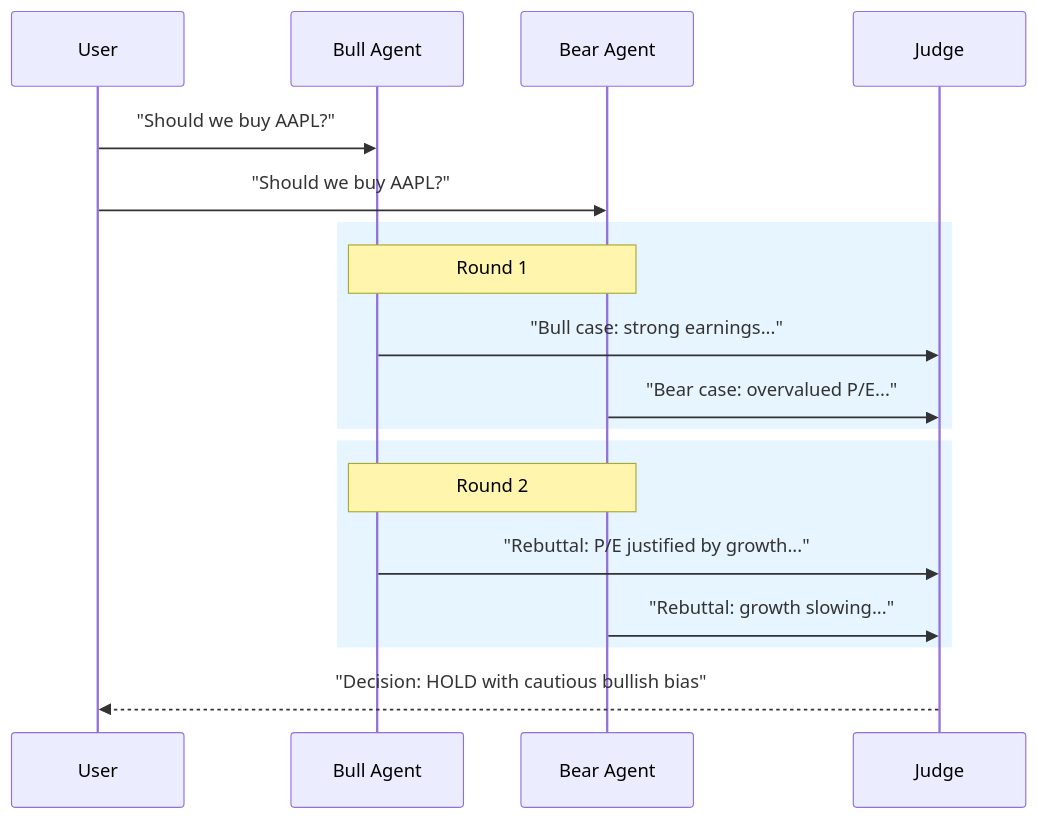
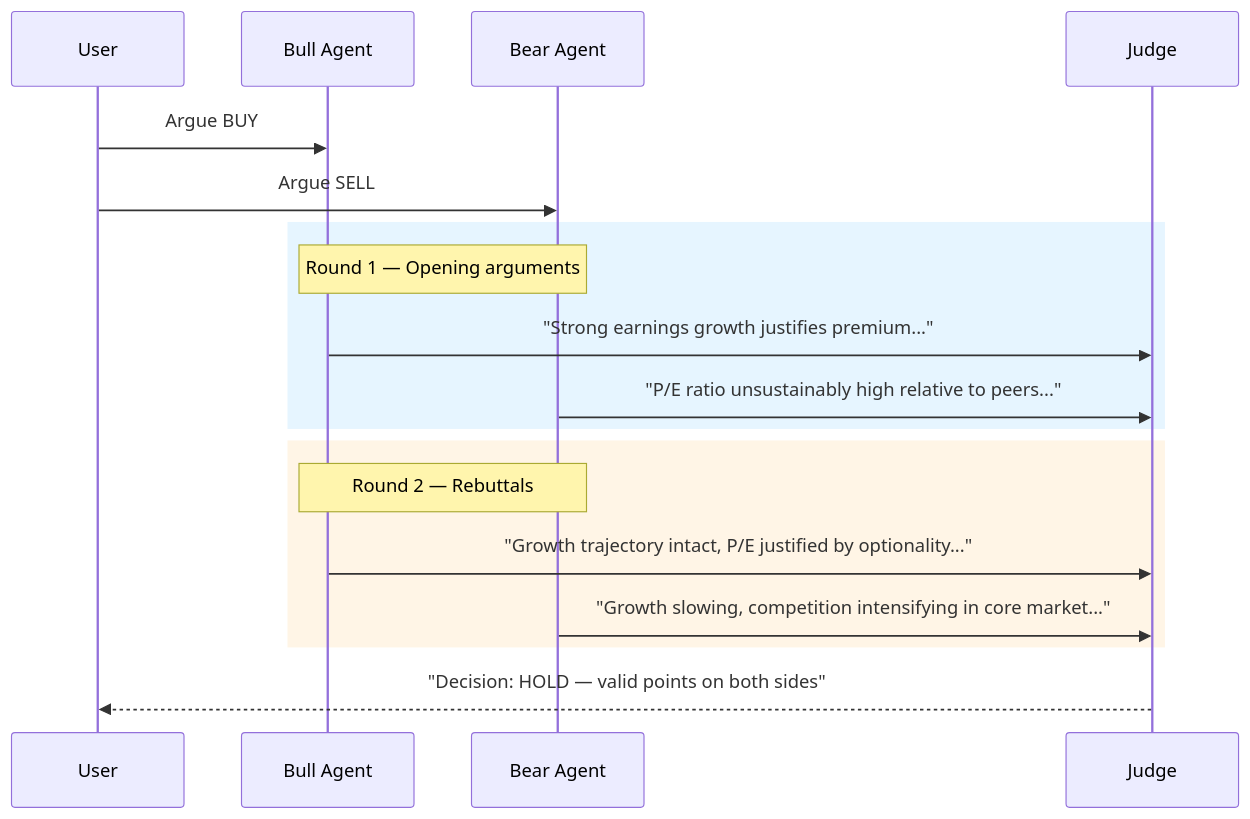
One commit to pyagent-core/pyagent changed the diagram in docs/patterns/resolution/debate.md. Above: the diagram before and after it, drawn with Mermaid. The commit also changed other lines of this file and 152 other files, not shown here.

````diff
--- a/docs/patterns/resolution/debate.md
+++ b/docs/patterns/resolution/debate.md
@@ -7,24 +12,24 @@
 ```mermaid
 sequenceDiagram
     participant U as User
     participant B as Bull Agent
     participant Be as Bear Agent
     participant J as Judge
 
-    U->>B: "Should we buy AAPL?"
-    U->>Be: "Should we buy AAPL?"
+    U->>B: Argue BUY
+    U->>Be: Argue SELL
 
     rect rgb(230, 245, 255)
-        Note over B,Be: Round 1
-        B->>J: "Bull case: strong earnings..."
-        Be->>J: "Bear case: overvalued P/E..."
+        Note over B,Be: Round 1 — Opening arguments
+        B->>J: "Strong earnings growth justifies premium..."
+        Be->>J: "P/E ratio unsustainably high relative to peers..."
     end
 
-    rect rgb(230, 245, 255)
-        Note over B,Be: Round 2
-        B->>J: "Rebuttal: P/E justified by growth..."
-        Be->>J: "Rebuttal: growth slowing..."
+    rect rgb(255, 245, 230)
+        Note over B,Be: Round 2 — Rebuttals
+        B->>J: "Growth trajectory intact, P/E justified by optionality..."
+        Be->>J: "Growth slowing, competition intensifying in core market..."
     end
 
-    J-->>U: "Decision: HOLD with cautious bullish bias"
+    J-->>U: "Decision: HOLD — valid points on both sides"
 ```
````
